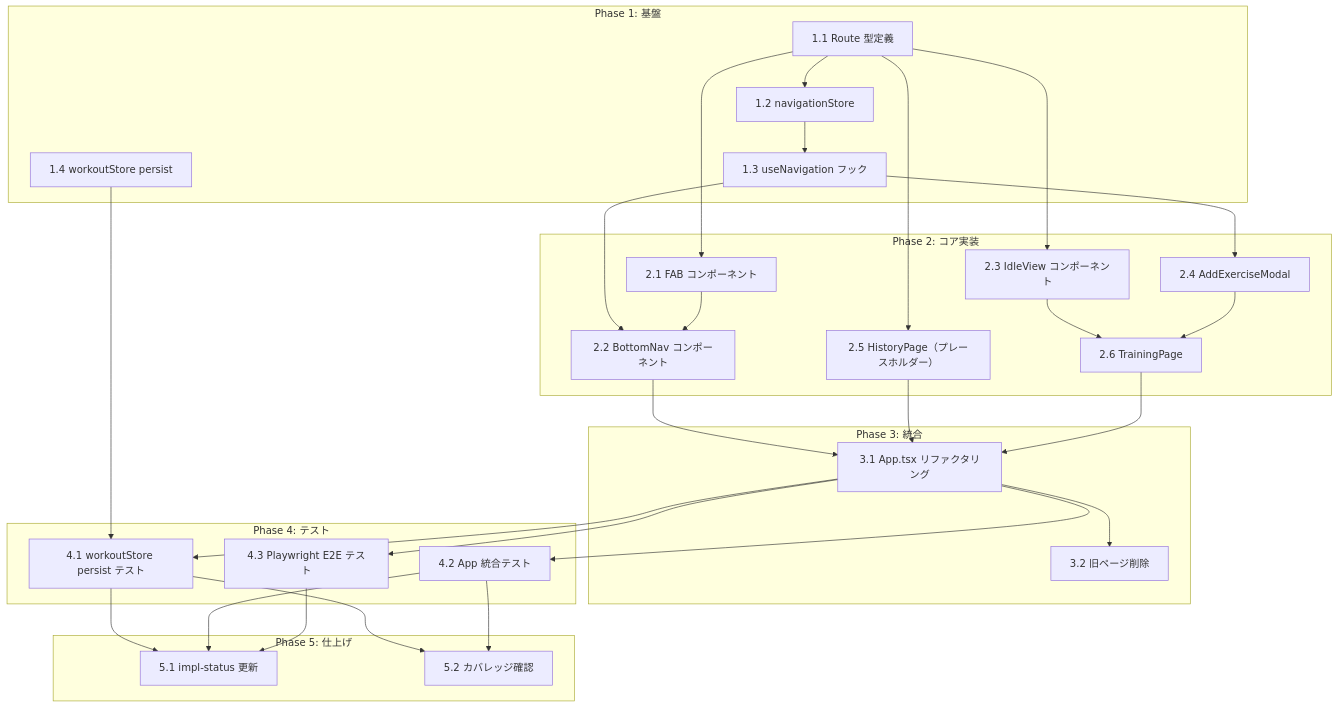
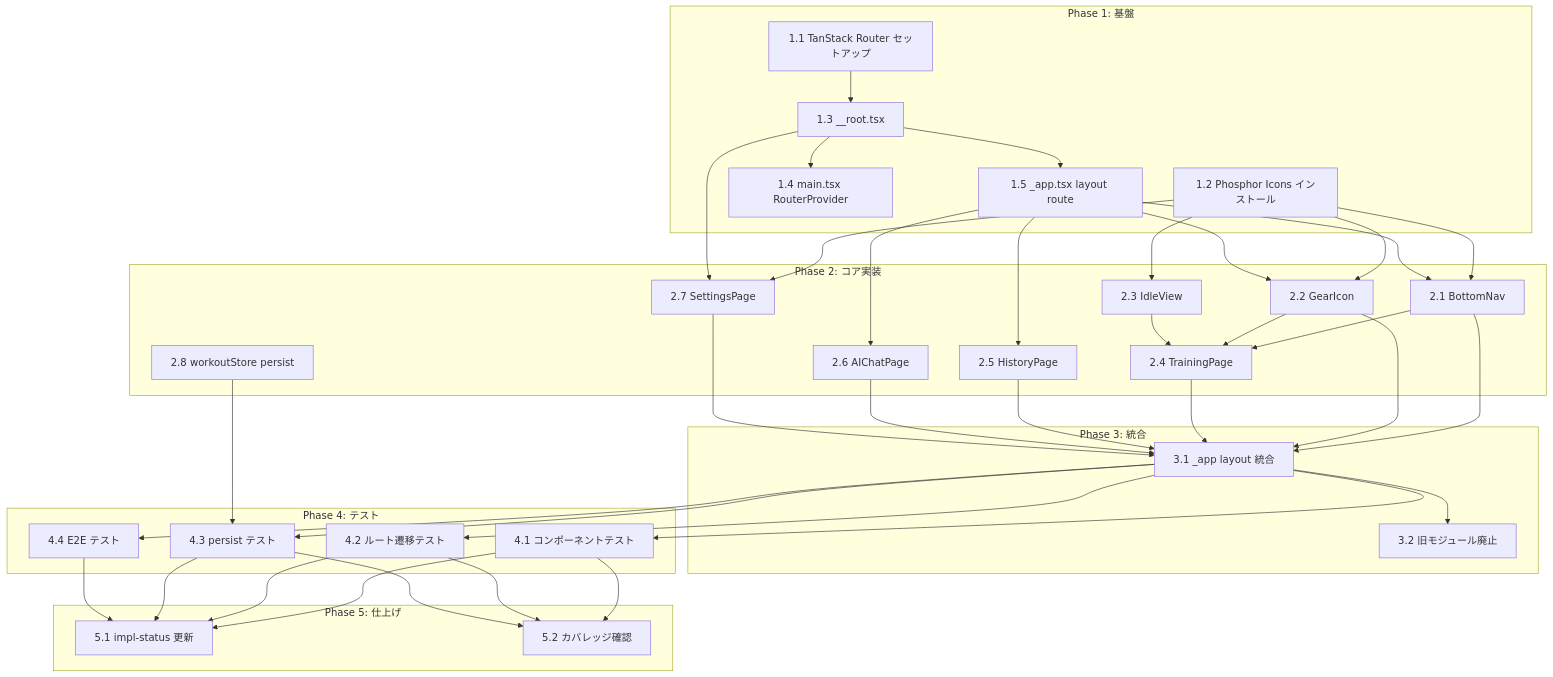
One commit to SakumaTakuya/gymini changed the diagram in .sdd/task/navigation/tasks.md. Above: the diagram before and after it, drawn with Mermaid. The commit also changed other lines of this file, not shown here.

First line of the commit message:
update(task): regenerate navigation task breakdown for v3.0 design

````diff
--- a/.sdd/task/navigation/tasks.md
+++ b/.sdd/task/navigation/tasks.md
@@ -76,58 +83,77 @@
 ```mermaid
 graph TD
     subgraph "Phase 1: 基盤"
-        T1_1["1.1 Route 型定義"]
-        T1_2["1.2 navigationStore"]
-        T1_3["1.3 useNavigation フック"]
-        T1_4["1.4 workoutStore persist"]
+        T1_1["1.1 TanStack Router セットアップ"]
+        T1_2["1.2 Phosphor Icons インストール"]
+        T1_3["1.3 __root.tsx"]
+        T1_4["1.4 main.tsx RouterProvider"]
+        T1_5["1.5 _app.tsx layout route"]
     end
 
     subgraph "Phase 2: コア実装"
-        T2_1["2.1 FAB コンポーネント"]
-        T2_2["2.2 BottomNav コンポーネント"]
-        T2_3["2.3 IdleView コンポーネント"]
-        T2_4["2.4 AddExerciseModal"]
-        T2_5["2.5 HistoryPage（プレースホルダー）"]
-        T2_6["2.6 TrainingPage"]
+        T2_1["2.1 BottomNav"]
+        T2_2["2.2 GearIcon"]
+        T2_3["2.3 IdleView"]
+        T2_4["2.4 TrainingPage"]
+        T2_5["2.5 HistoryPage"]
+        T2_6["2.6 AIChatPage"]
+        T2_7["2.7 SettingsPage"]
+        T2_8["2.8 workoutStore persist"]
     end
 
     subgraph "Phase 3: 統合"
-        T3_1["3.1 App.tsx リファクタリング"]
-        T3_2["3.2 旧ページ削除"]
+        T3_1["3.1 _app layout 統合"]
+        T3_2["3.2 旧モジュール廃止"]
     end
 
     subgraph "Phase 4: テスト"
-        T4_1["4.1 workoutStore persist テスト"]
-        T4_2["4.2 App 統合テスト"]
-        T4_3["4.3 Playwright E2E テスト"]
+        T4_1["4.1 コンポーネントテスト"]
+        T4_2["4.2 ルート遷移テスト"]
+        T4_3["4.3 persist テスト"]
+        T4_4["4.4 E2E テスト"]
     end
 
     subgraph "Phase 5: 仕上げ"
         T5_1["5.1 impl-status 更新"]
         T5_2["5.2 カバレッジ確認"]
     end
 
-    T1_1 --> T1_2
-    T1_2 --> T1_3
-    T1_1 --> T2_1
-    T1_1 --> T2_3
-    T1_3 --> T2_2
-    T2_1 --> T2_2
-    T1_3 --> T2_4
-    T1_1 --> T2_5
-    T2_3 --> T2_6
-    T2_4 --> T2_6
+    T1_1 --> T1_3
+    T1_3 --> T1_4
+    T1_3 --> T1_5
+
+    T1_2 --> T2_1
+    T1_5 --> T2_1
+    T1_2 --> T2_2
+    T1_5 --> T2_2
+    T1_2 --> T2_3
+    T2_1 --> T2_4
+    T2_2 --> T2_4
+    T2_3 --> T2_4
+    T1_5 --> T2_5
+    T1_5 --> T2_6
+    T1_2 --> T2_7
+    T1_3 --> T2_7
+
+    T2_1 --> T3_1
     T2_2 --> T3_1
+    T2_4 --> T3_1
     T2_5 --> T3_1
     T2_6 --> T3_1
+    T2_7 --> T3_1
     T3_1 --> T3_2
-    T1_4 --> T4_1
+
     T3_1 --> T4_1
     T3_1 --> T4_2
+    T2_8 --> T4_3
     T3_1 --> T4_3
+    T3_1 --> T4_4
+
     T4_1 --> T5_1
     T4_2 --> T5_1
     T4_3 --> T5_1
+    T4_4 --> T5_1
     T4_1 --> T5_2
     T4_2 --> T5_2
+    T4_3 --> T5_2
 ```
````
